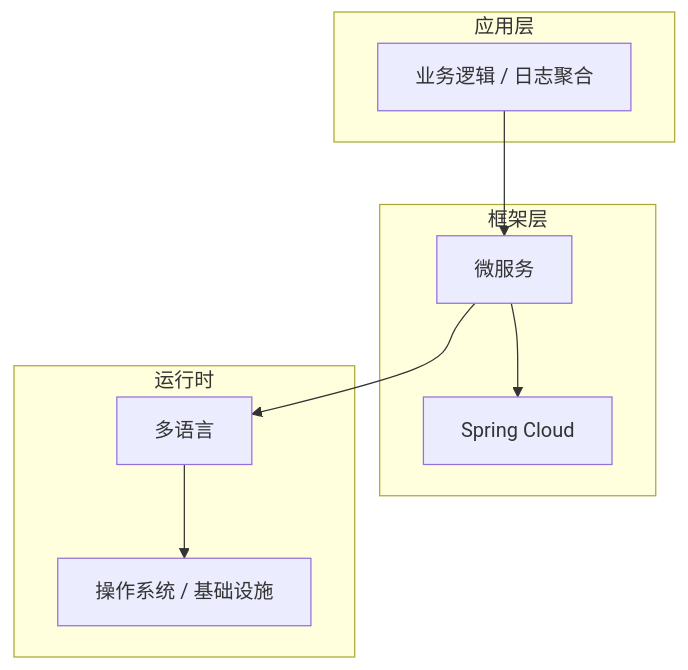
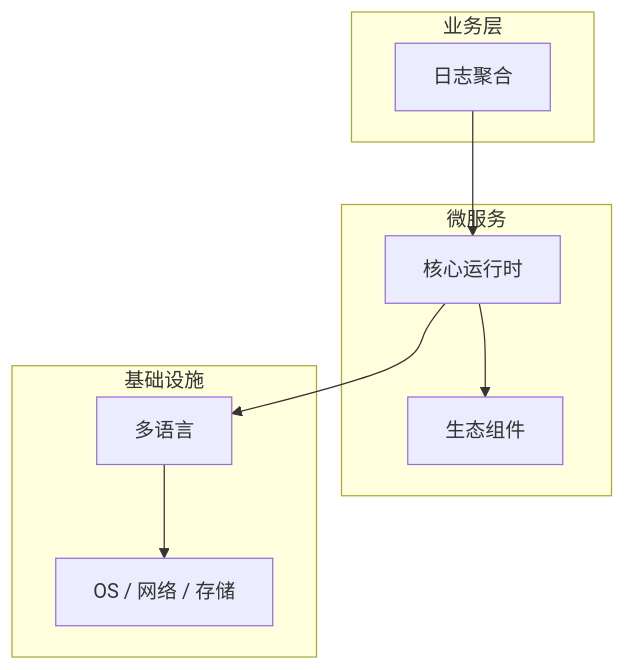
The diagram in articles/微服务架构/chapters/079-日志聚合核心概念与原理.md (yanggan2015/knowledge-json-v2), drawn with Mermaid before and after one commit. The commit also changed other lines of this file and 10127 other files, not shown here.

````diff
--- a/articles/微服务架构/chapters/079-日志聚合核心概念与原理.md
+++ b/articles/微服务架构/chapters/079-日志聚合核心概念与原理.md
@@ -45,18 +34,18 @@
 ```mermaid
 graph TB
-    subgraph 应用层
-        A[业务逻辑 / 日志聚合]
+    subgraph 业务层
+        A[日志聚合]
     end
-    subgraph 框架层
-        B[微服务]
-        C[Spring Cloud]
+    subgraph 微服务
+        B[核心运行时]
+        C[生态组件]
     end
-    subgraph 运行时
+    subgraph 基础设施
         D[多语言]
-        E[操作系统 / 基础设施]
+        E[OS / 网络 / 存储]
     end
     A --> B
     B --> C
     B --> D
     D --> E
 ```
````
